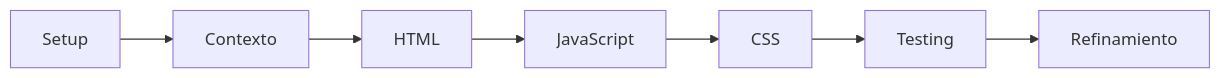
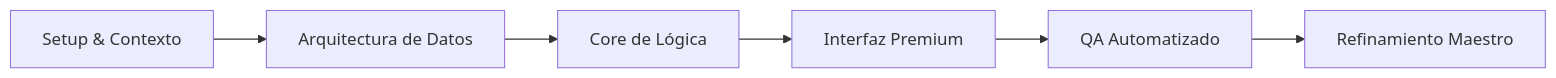
The diagram in cursos/02-desarrollo/FPUNA-2026/00-FUNDAMENTOS/05-proyecto-en-vivo.md (Ai-Whisperers/Courses-Content), drawn with Mermaid before and after one commit. The commit also changed other lines of this file and 16 other files, not shown here.

````diff
--- a/cursos/02-desarrollo/FPUNA-2026/00-FUNDAMENTOS/05-proyecto-en-vivo.md
+++ b/cursos/02-desarrollo/FPUNA-2026/00-FUNDAMENTOS/05-proyecto-en-vivo.md
@@ -21,9 +25,8 @@
 ```mermaid
 graph LR
-    A[Setup] --> B[Contexto]
-    B --> C[HTML]
-    C --> D[JavaScript]
-    D --> E[CSS]
-    E --> F[Testing]
-    F --> G[Refinamiento]
+    A[Setup & Contexto] --> B[Arquitectura de Datos]
+    B --> C[Core de Lógica]
+    C --> D[Interfaz Premium]
+    D --> E[QA Automatizado]
+    E --> F[Refinamiento Maestro]
 ```
````
